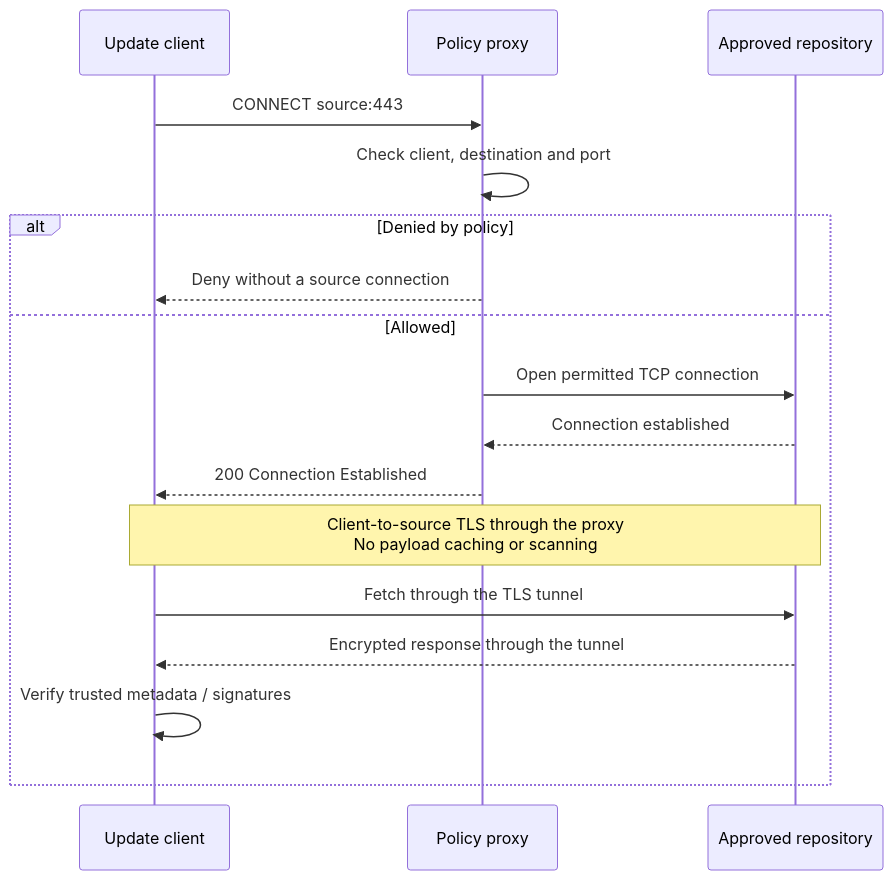
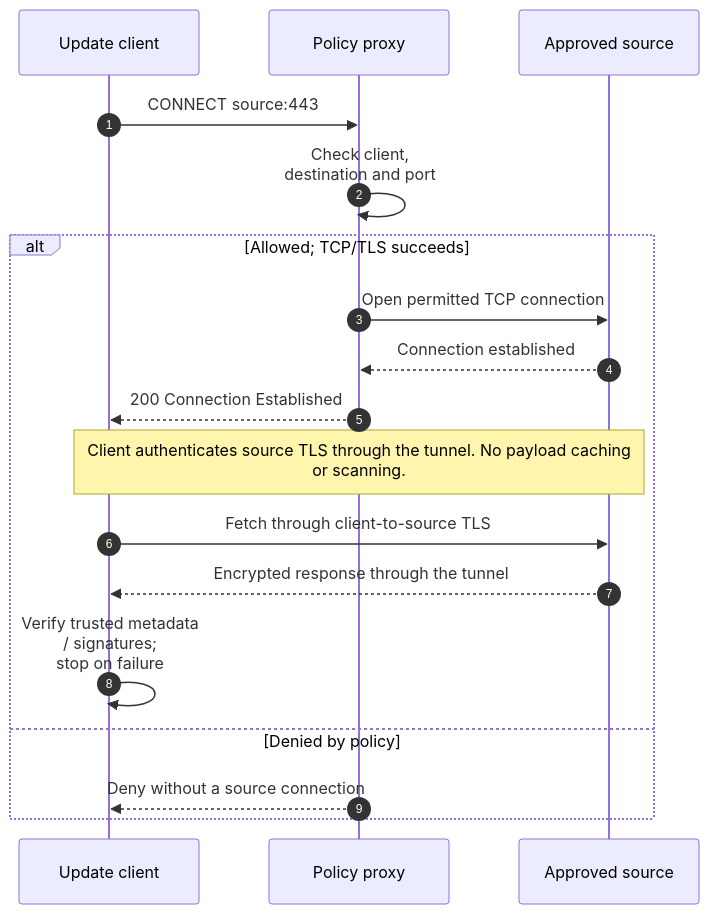
The first of 2 diagrams in docs/01-architecture/07-software-intake/README.md (Rexus/homelab), drawn with Mermaid before and after one commit. The commit also changed other lines of this file and 230 other files, not shown here.

Commit message:
feat(architecture): add connected models, SysON workflows and intake verification

````diff
--- a/docs/01-architecture/07-software-intake/README.md
+++ b/docs/01-architecture/07-software-intake/README.md
@@ -50,19 +55,31 @@
 ```mermaid
+%%{init: {"fontFamily":"Arial, sans-serif","sequence":{"wrap":true,"width":180,"actorMargin":70,"messageMargin":32,"noteMargin":12}}}%%
 sequenceDiagram
-  participant Client as Update client
-  participant Proxy as Policy proxy
-  participant Source as Approved repository
-  Client->>Proxy: CONNECT source:443
-  Proxy->>Proxy: Check client, destination and port
-  alt Denied by policy
-    Proxy-->>Client: Deny without a source connection
-  else Allowed
-    Proxy->>Source: Open permitted TCP connection
-    Source-->>Proxy: Connection established
-    Proxy-->>Client: 200 Connection Established
-    Note over Client,Source: Client-to-source TLS through the proxy<br/>No payload caching or scanning
-    Client->>Source: Fetch through the TLS tunnel
-    Source-->>Client: Encrypted response through the tunnel
-    Client->>Client: Verify trusted metadata / signatures
+  autonumber
+  participant P0 as Update client
+  participant P1 as Policy proxy
+  participant P2 as Approved source
+  %% model: S-connect
+  P0->>P1: CONNECT source:443
+  %% model: S-check
+  P1->>P1: Check client, destination and port
+  %% model: S-policy
+  alt Allowed#59; TCP/TLS succeeds
+    %% model: S-open
+    P1->>P2: Open permitted TCP connection
+    %% model: S-established
+    P2-->>P1: Connection established
+    %% model: S-ready
+    P1-->>P0: 200 Connection Established
+    %% model: S-fetch
+    Note over P0,P2: Client authenticates source TLS through the tunnel. No payload caching or scanning.
+    P0->>P2: Fetch through client-to-source TLS
+    %% model: S-response
+    P2-->>P0: Encrypted response through the tunnel
+    %% model: S-verify
+    P0->>P0: Verify trusted metadata / signatures#59; stop on failure
+  else Denied by policy
+    %% model: S-denied
+    P1-->>P0: Deny without a source connection
   end
 ```
````
